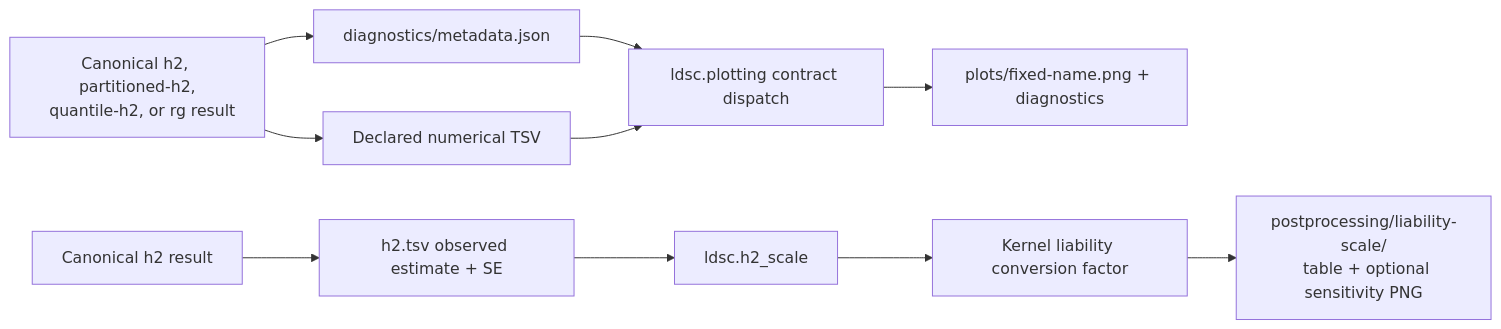
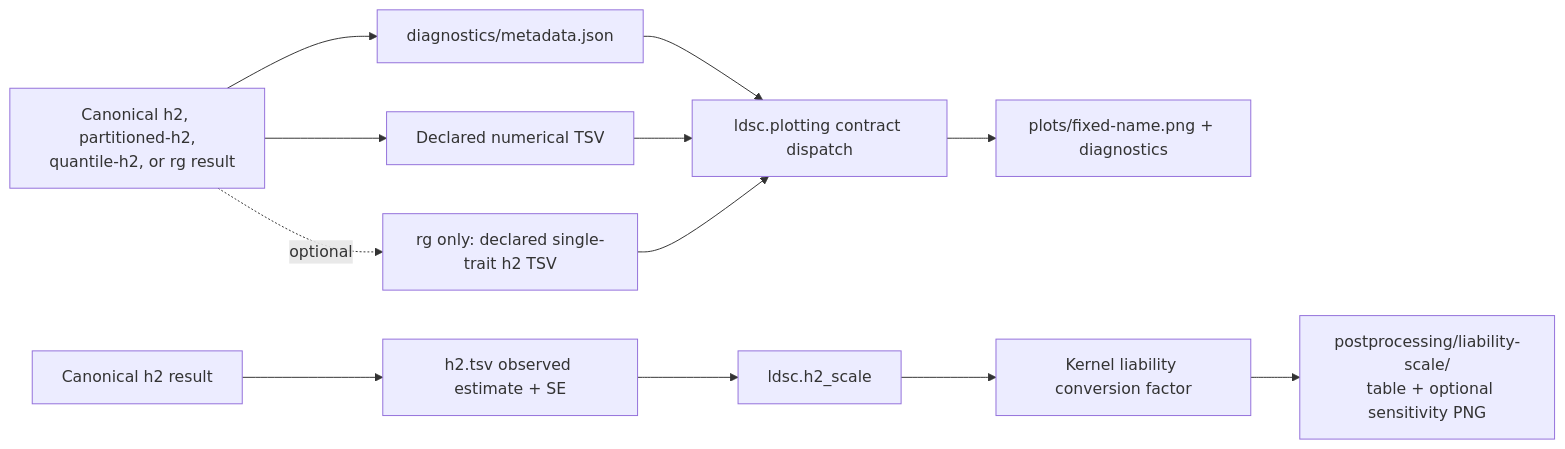
Before and after one commit to WenbinWu2001/ldsc_py3: the tenth of 10 diagrams in docs/current/data-flow.md, drawn with Mermaid. The commit also changed other lines of this file and 17 other files, not shown here.

````diff
--- a/docs/current/data-flow.md
+++ b/docs/current/data-flow.md
@@ -676,19 +676,21 @@
 ```mermaid
 flowchart LR
   R[Canonical h2, partitioned-h2,
   quantile-h2, or rg result]
   M[diagnostics/metadata.json]
   T[Declared numerical TSV]
+  A[rg only: declared single-trait h2 TSV]
   D[ldsc.plotting contract dispatch]
   F[plots/fixed-name.png + diagnostics]
   H[Canonical h2 result]
   S[h2.tsv observed estimate + SE]
   C[ldsc.h2_scale]
   K[Kernel liability conversion factor]
   O[postprocessing/liability-scale/
   table + optional sensitivity PNG]
   R --> M --> D
   R --> T --> D --> F
+  R -. optional .-> A --> D
   H --> S --> C
   C --> K --> O
 ```
````
